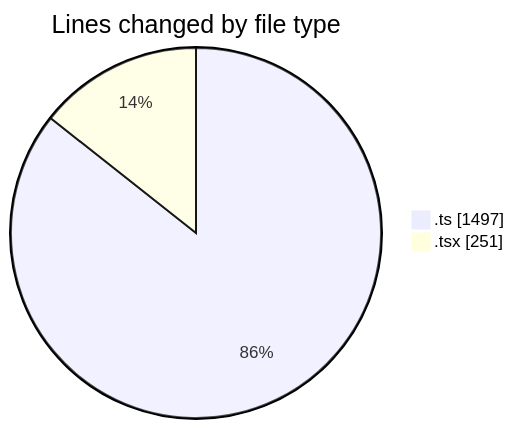
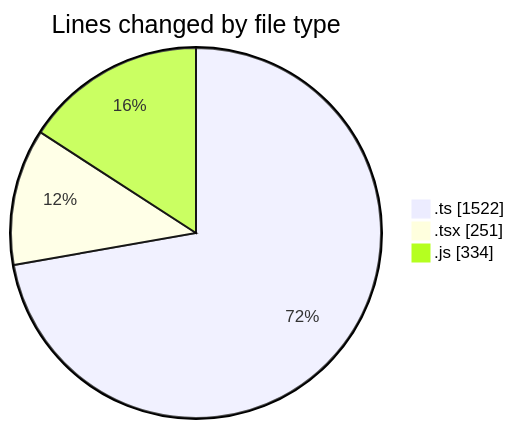
One commit to momahboobian/code-tracking changed the first of 2 diagrams in 2025-11-27/cda/README.md. Above: the diagram before and after it, drawn with Mermaid. The commit also changed other lines of this file and 1 other file, not shown here.

````diff
--- a/2025-11-27/cda/README.md
+++ b/2025-11-27/cda/README.md
@@ -22,6 +23,7 @@
 ```mermaid
 pie showData
 title Lines changed by file type
-".ts" : 1497
+".ts" : 1522
 ".tsx" : 251
+".js" : 334
 ```
````
